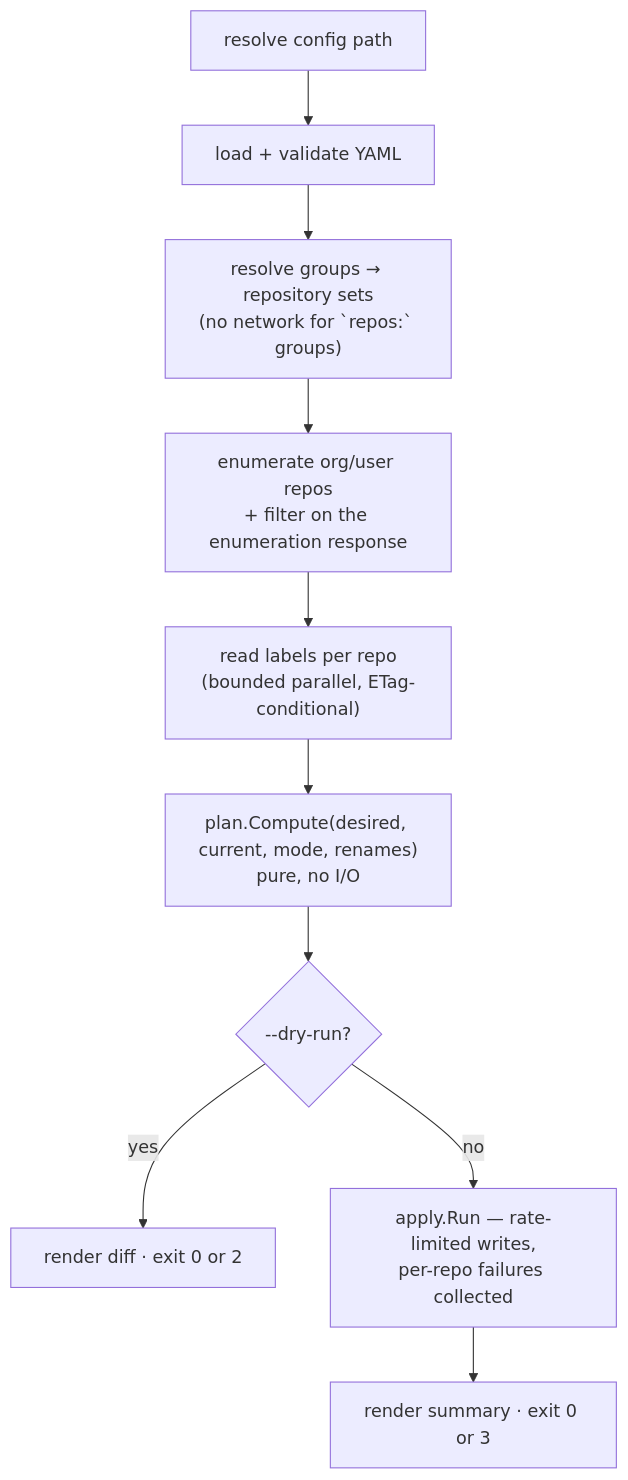
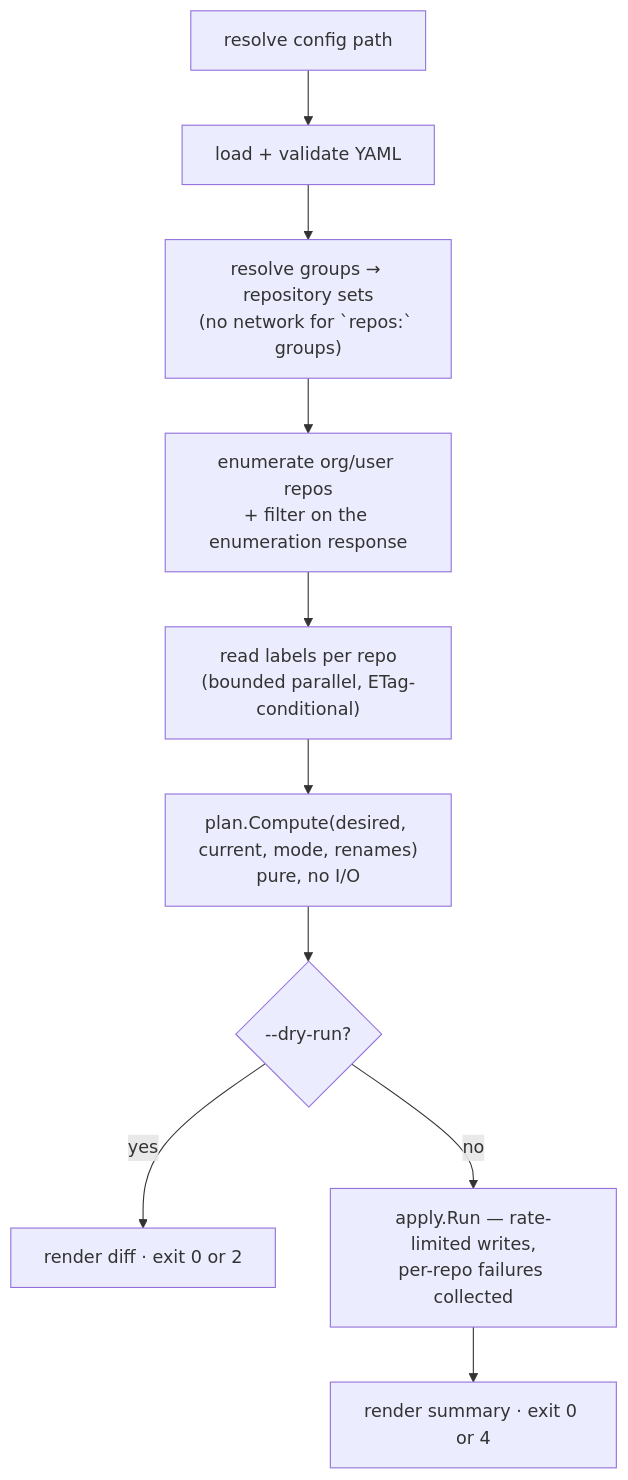
Before and after one commit to specsnl/labelsync: the diagram in docs/content/docs/architecture/overview.md, drawn with Mermaid. The commit also changed other lines of this file and 12 other files, not shown here.

````diff
--- a/docs/content/docs/architecture/overview.md
+++ b/docs/content/docs/architecture/overview.md
@@ -104,12 +129,12 @@
 ```mermaid
 flowchart TD
     A[resolve config path] --> B[load + validate YAML]
     B --> C["resolve groups → repository sets\n(no network for `repos:` groups)"]
     C --> D["enumerate org/user repos\n+ filter on the enumeration response"]
     D --> E["read labels per repo\n(bounded parallel, ETag-conditional)"]
     E --> F["plan.Compute(desired, current, mode, renames)\npure, no I/O"]
     F --> G{--dry-run?}
     G -->|yes| H[render diff · exit 0 or 2]
     G -->|no| I["apply.Run — rate-limited writes,\nper-repo failures collected"]
-    I --> J[render summary · exit 0 or 3]
+    I --> J[render summary · exit 0 or 4]
 ```
````
